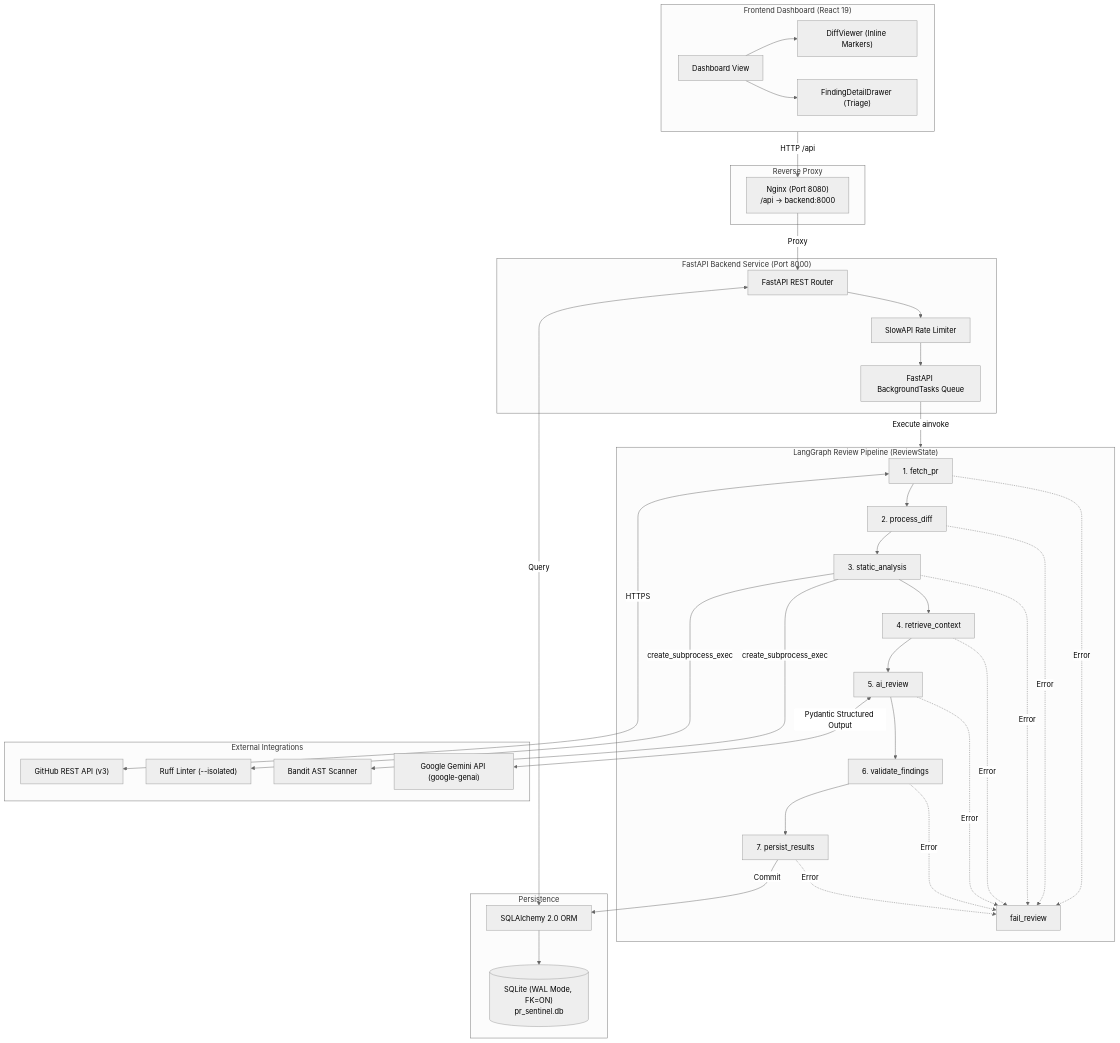
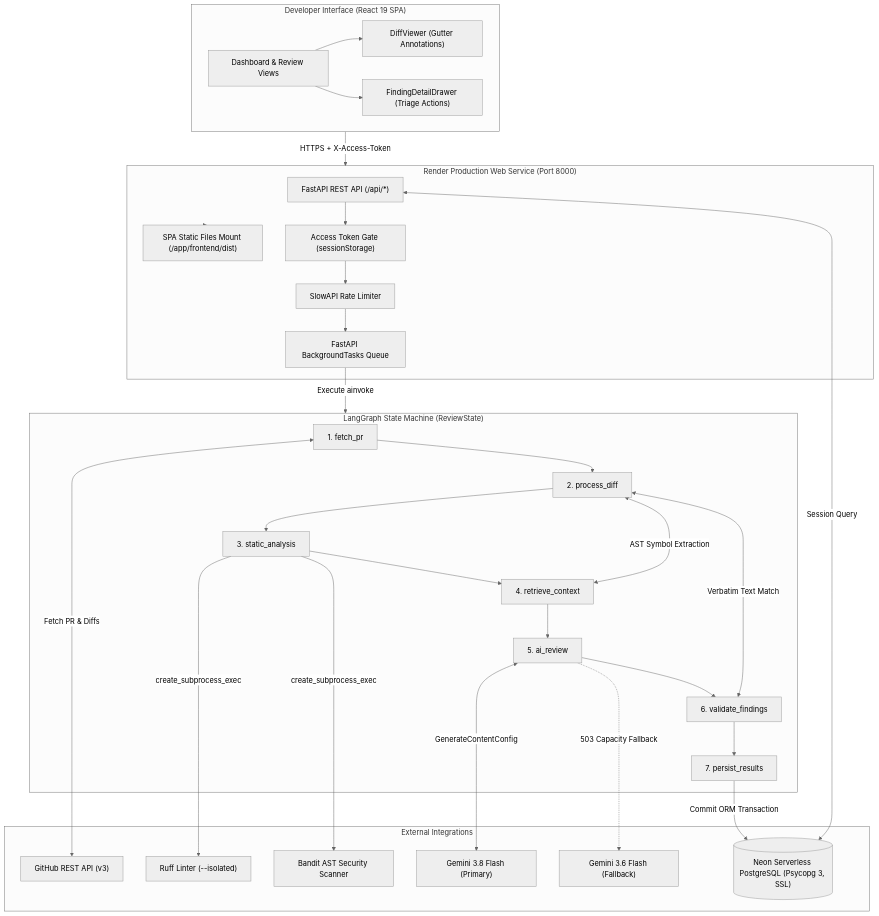
Before and after one commit to shashi123exe/pr-sentinel: the first of 3 diagrams in README.md, drawn with Mermaid (neutral theme). The commit also changed other lines of this file and 8 other files, not shown here.

````diff
--- a/README.md
+++ b/README.md
@@ -40,61 +57,52 @@
 ```mermaid
 flowchart TD
-    subgraph UI["Frontend Dashboard (React 19)"]
-        Dashboard["Dashboard View"]
-        DiffUI["DiffViewer (Inline Markers)"]
-        Drawer["FindingDetailDrawer (Triage)"]
-        Dashboard --> DiffUI
-        Dashboard --> Drawer
+    subgraph Client["Developer Interface (React 19 SPA)"]
+        UI["Dashboard & Review Views"]
+        DiffUI["DiffViewer (Gutter Annotations)"]
+        TriageUI["FindingDetailDrawer (Triage Actions)"]
+        UI --> DiffUI
+        UI --> TriageUI
     end
 
-    subgraph Edge["Reverse Proxy"]
-        Nginx["Nginx (Port 8080)\n/api -> backend:8000"]
+    subgraph Container["Render Production Web Service (Port 8000)"]
+        Router["FastAPI REST API (/api/*)"]
+        SPA["SPA Static Files Mount (/app/frontend/dist)"]
+        Auth["Access Token Gate (sessionStorage)"]
+        Limiter["SlowAPI Rate Limiter"]
+        BG["FastAPI BackgroundTasks Queue"]
+
+        Router --> Auth --> Limiter --> BG
     end
 
-    subgraph Backend["FastAPI Backend Service (Port 8000)"]
-        Router["FastAPI REST Router"]
-        RateLimit["SlowAPI Rate Limiter"]
-        BG["FastAPI BackgroundTasks Queue"]
-        Router --> RateLimit --> BG
-    end
-
-    subgraph Engine["LangGraph Review Pipeline (ReviewState)"]
+    subgraph Pipeline["LangGraph State Machine (ReviewState)"]
         S1["1. fetch_pr"] --> S2["2. process_diff"]
         S2 --> S3["3. static_analysis"]
         S3 --> S4["4. retrieve_context"]
         S4 --> S5["5. ai_review"]
         S5 --> S6["6. validate_findings"]
         S6 --> S7["7. persist_results"]
-
-        S1 -.->|Error| Fail["fail_review"]
-        S2 -.->|Error| Fail
-        S3 -.->|Error| Fail
-        S4 -.->|Error| Fail
-        S5 -.->|Error| Fail
-        S6 -.->|Error| Fail
-        S7 -.->|Error| Fail
     end
 
     subgraph External["External Integrations"]
-        GH["GitHub REST API (v3)"]
+        GitHub["GitHub REST API (v3)"]
         Ruff["Ruff Linter (--isolated)"]
-        Bandit["Bandit AST Scanner"]
-        Gemini["Google Gemini API (google-genai)"]
+        Bandit["Bandit AST Security Scanner"]
+        GeminiPrimary["Gemini 3.8 Flash (Primary)"]
+        GeminiFallback["Gemini 3.6 Flash (Fallback)"]
+        NeonDB[("Neon Serverless PostgreSQL (Psycopg 3, SSL)")]
     end
 
-    subgraph Data["Persistence"]
-        ORM["SQLAlchemy 2.0 ORM"]
-        DB[("SQLite (WAL Mode, FK=ON)\npr_sentinel.db")]
-        ORM --> DB
-    end
+    Client -->|HTTPS + X-Access-Token| Container
+    Container --> SPA
+    BG -->|Execute ainvoke| Pipeline
 
-    UI -->|HTTP /api| Nginx
-    Nginx -->|Proxy| Router
-    BG -->|Execute ainvoke| Engine
-    S1 <-->|HTTPS| GH
+    S1 <-->|Fetch PR & Diffs| GitHub
     S3 -->|create_subprocess_exec| Ruff
     S3 -->|create_subprocess_exec| Bandit
-    S5 <-->|Pydantic Structured Output| Gemini
-    S7 -->|Commit| ORM
-    Router <-->|Query| ORM
+    S4 <-->|AST Symbol Extraction| S2
+    S5 <-->|GenerateContentConfig| GeminiPrimary
+    S5 -.->|503 Capacity Fallback| GeminiFallback
+    S6 <-->|Verbatim Text Match| S2
+    S7 -->|Commit ORM Transaction| NeonDB
+    Router <-->|Session Query| NeonDB
 ```
````
